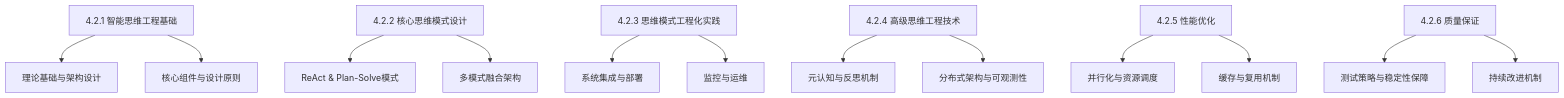
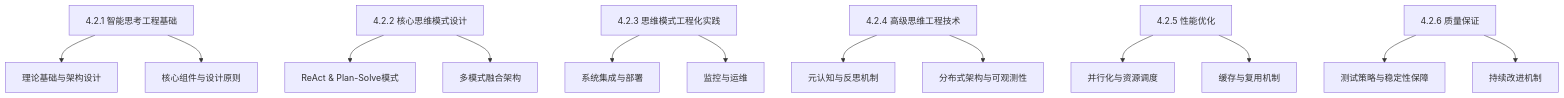
One commit to youyoude/agi-app-dev-guide-book changed the diagram in 第四部分_智能大脑工程学/4.2_智能思维工程/4.2.6_思维工程的质量保证.md. Above: the diagram before and after it, drawn with Mermaid. The commit also changed other lines of this file and 19 other files, not shown here.

````diff
--- a/第四部分_智能大脑工程学/4.2_智能思维工程/4.2.6_思维工程的质量保证.md
+++ b/第四部分_智能大脑工程学/4.2_智能思维工程/4.2.6_思维工程的质量保证.md
@@ -81,20 +81,20 @@
 ```mermaid
 graph TD
-    A[4.2.1 智能思维工程基础] --> B[理论基础与架构设计]
+    A[4.2.1 智能思考工程基础] --> B[理论基础与架构设计]
     A --> C[核心组件与设计原则]
     
     D[4.2.2 核心思维模式设计] --> E[ReAct & Plan-Solve模式]
     D --> F[多模式融合架构]
     
     G[4.2.3 思维模式工程化实践] --> H[系统集成与部署]
     G --> I[监控与运维]
     
     J[4.2.4 高级思维工程技术] --> K[元认知与反思机制]
     J --> L[分布式架构与可观测性]
     
     M[4.2.5 性能优化] --> N[并行化与资源调度]
     M --> O[缓存与复用机制]
     
     P[4.2.6 质量保证] --> Q[测试策略与稳定性保障]
     P --> R[持续改进机制]
 ```
````
